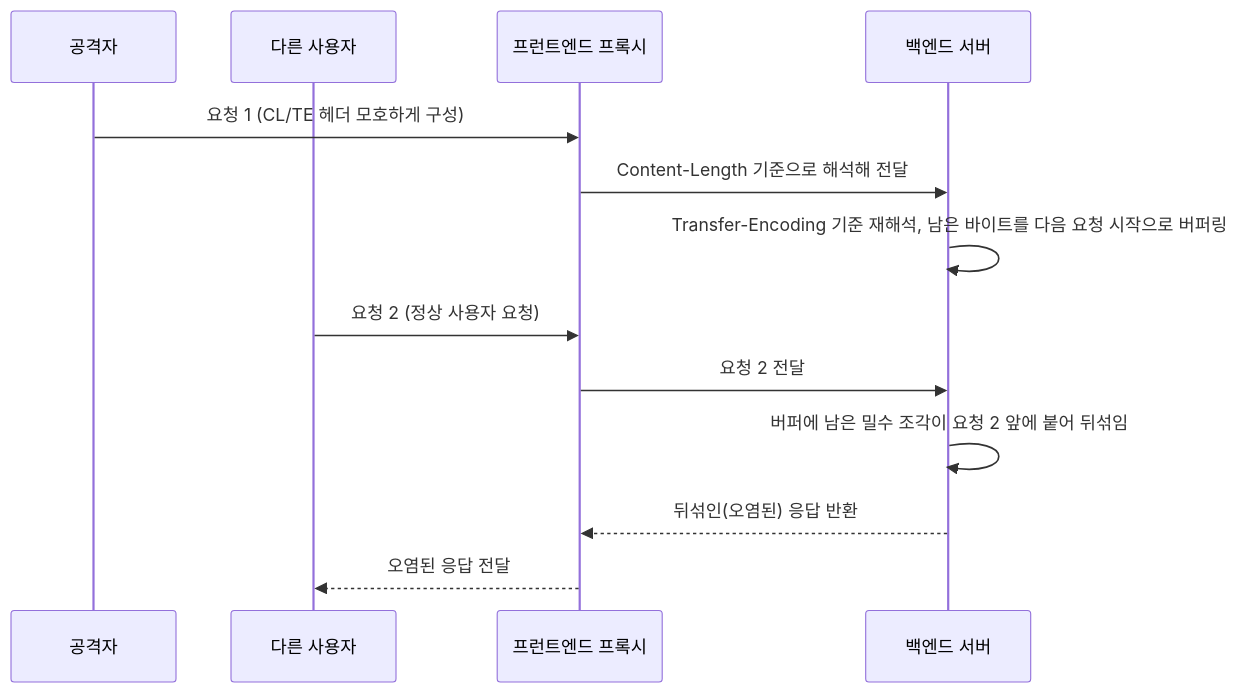
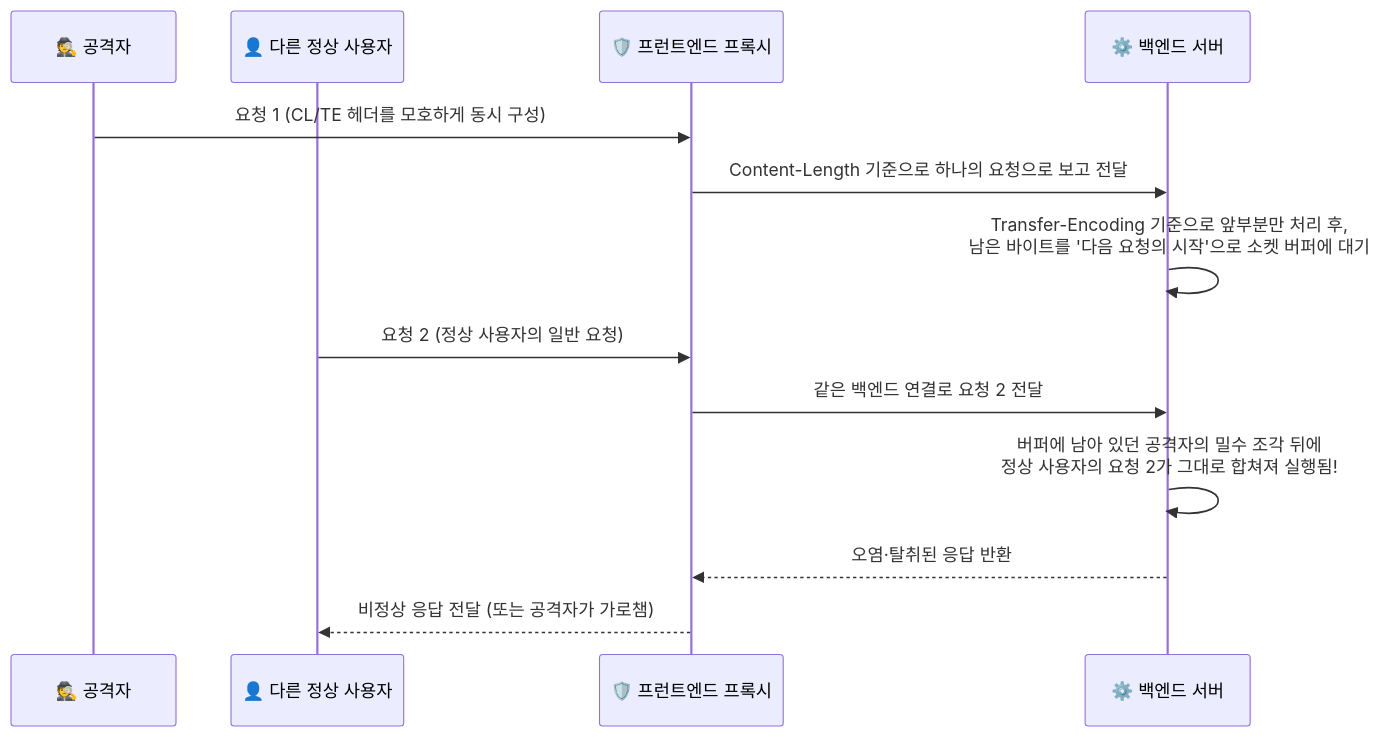
The second of 2 diagrams in content/웹취약점/웹 취약점 진단 심화 — 실무에서 보는 기법들.md (gooyong-sec/gooyong-sec.github.io), drawn with Mermaid before and after one commit. The commit also changed other lines of this file and 68 other files, not shown here.

````diff
--- a/content/웹취약점/웹 취약점 진단 심화 — 실무에서 보는 기법들.md
+++ b/content/웹취약점/웹 취약점 진단 심화 — 실무에서 보는 기법들.md
@@ -56,15 +104,15 @@
 ```mermaid
 sequenceDiagram
-    participant A as 공격자
-    participant V as 다른 사용자
-    participant F as 프런트엔드 프록시
-    participant B as 백엔드 서버
-    A->>F: 요청 1 (CL/TE 헤더 모호하게 구성)
-    F->>B: Content-Length 기준으로 해석해 전달
-    B->>B: Transfer-Encoding 기준 재해석, 남은 바이트를 다음 요청 시작으로 버퍼링
-    V->>F: 요청 2 (정상 사용자 요청)
-    F->>B: 요청 2 전달
-    B->>B: 버퍼에 남은 밀수 조각이 요청 2 앞에 붙어 뒤섞임
-    B-->>F: 뒤섞인(오염된) 응답 반환
-    F-->>V: 오염된 응답 전달
+    participant A as 🕵️ 공격자
+    participant V as 👤 다른 정상 사용자
+    participant F as 🛡️ 프런트엔드 프록시
+    participant B as ⚙️ 백엔드 서버
+    A->>F: 요청 1 (CL/TE 헤더를 모호하게 동시 구성)
+    F->>B: Content-Length 기준으로 하나의 요청으로 보고 전달
+    B->>B: Transfer-Encoding 기준으로 앞부분만 처리 후,<br/>남은 바이트를 '다음 요청의 시작'으로 소켓 버퍼에 대기
+    V->>F: 요청 2 (정상 사용자의 일반 요청)
+    F->>B: 같은 백엔드 연결로 요청 2 전달
+    B->>B: 버퍼에 남아 있던 공격자의 밀수 조각 뒤에<br/>정상 사용자의 요청 2가 그대로 합쳐져 실행됨!
+    B-->>F: 오염·탈취된 응답 반환
+    F-->>V: 비정상 응답 전달 (또는 공격자가 가로챔)
 ```
````
